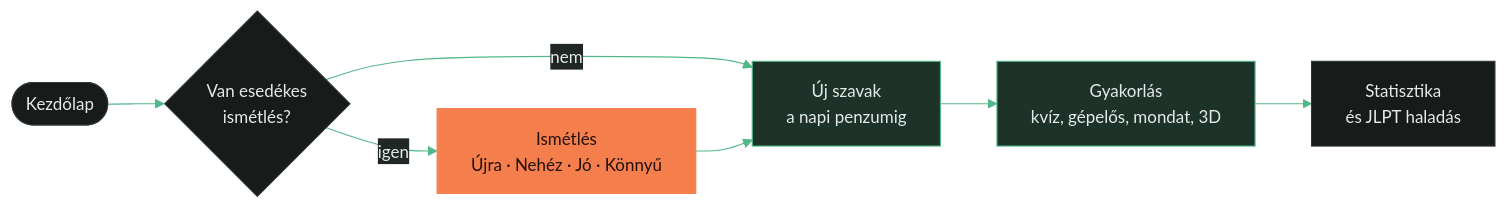
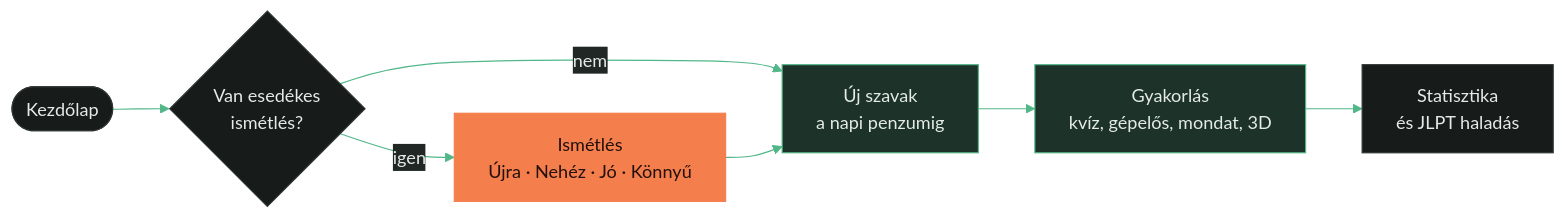
Before and after one commit to Nokedli25TTV/LexiLearn: the first of 2 diagrams in README.md, drawn with Mermaid. The commit also changed other lines of this file, not shown here.

Commit message:
README: a folyamatábrák az alapértelmezett betűvel (nem vágódik le szöveg)

````diff
--- a/README.md
+++ b/README.md
@@ -65,14 +65,14 @@
 ```mermaid
-%%{init: {'theme': 'base', 'themeVariables': {'fontFamily': 'Segoe UI, Helvetica, Arial, sans-serif', 'fontSize': '15px', 'primaryColor': '#171c1a', 'primaryTextColor': '#e5ebe8', 'primaryBorderColor': '#2d3531', 'lineColor': '#52b788', 'edgeLabelBackground': '#202724', 'tertiaryColor': '#202724'}}}%%
+%%{init: {'theme': 'base', 'themeVariables': {'primaryColor': '#171c1a', 'primaryTextColor': '#e5ebe8', 'primaryBorderColor': '#2d3531', 'lineColor': '#52b788', 'edgeLabelBackground': '#202724', 'tertiaryColor': '#202724'}}}%%
 flowchart LR
   home([Kezdőlap]) --> due{Van esedékes<br>ismétlés?}
   due -- igen --> rev[Ismétlés<br>Újra · Nehéz · Jó · Könnyű]
   due -- nem --> learn[Új szavak<br>a napi penzumig]
   rev --> learn
   learn --> prac[Gyakorlás<br>kvíz, gépelős, mondat, 3D]
   prac --> stats[Statisztika<br>és JLPT haladás]
   classDef ember fill:#f57e4d,stroke:#f57e4d,color:#22110b
   classDef leaf fill:#1d3329,stroke:#52b788,color:#e5ebe8
   class rev ember
   class learn,prac leaf
 ```
````
